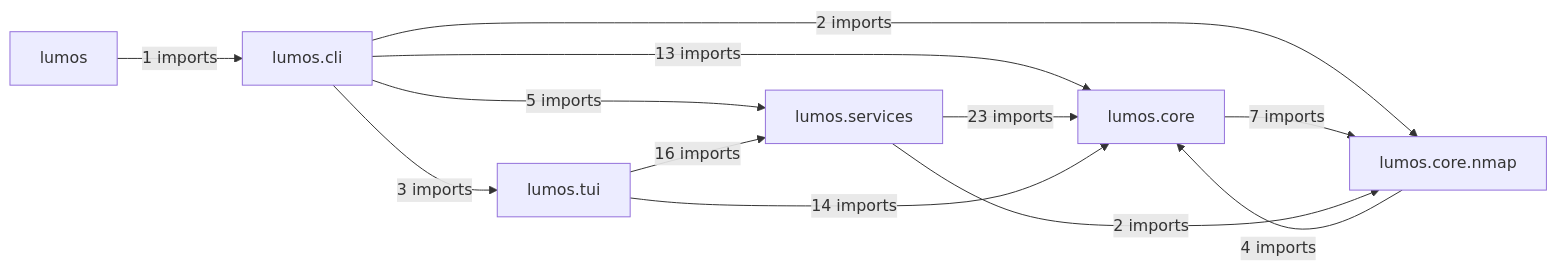
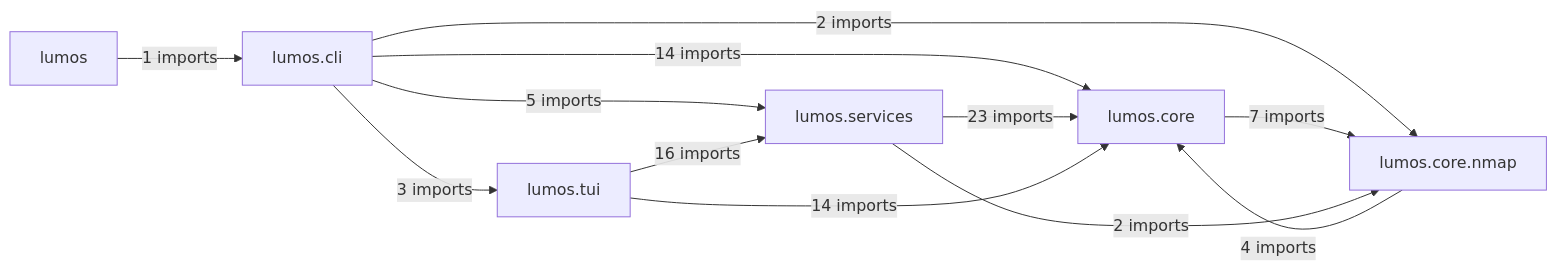
One commit to lko47/lumos changed the diagram in docs/architecture/modules.md. Above: the diagram before and after it, drawn with Mermaid. The commit also changed other lines of this file and 6 other files, not shown here.

````diff
--- a/docs/architecture/modules.md
+++ b/docs/architecture/modules.md
@@ -7,20 +7,20 @@
 ```mermaid
 flowchart LR
     P0["lumos"]
     P1["lumos.cli"]
     P2["lumos.core"]
     P3["lumos.core.nmap"]
     P4["lumos.services"]
     P5["lumos.tui"]
     P0 -->|"1 imports"| P1
-    P1 -->|"13 imports"| P2
+    P1 -->|"14 imports"| P2
     P1 -->|"2 imports"| P3
     P1 -->|"5 imports"| P4
     P1 -->|"3 imports"| P5
     P2 -->|"7 imports"| P3
     P3 -->|"4 imports"| P2
     P4 -->|"23 imports"| P2
     P4 -->|"2 imports"| P3
     P5 -->|"14 imports"| P2
     P5 -->|"16 imports"| P4
 ```
````
